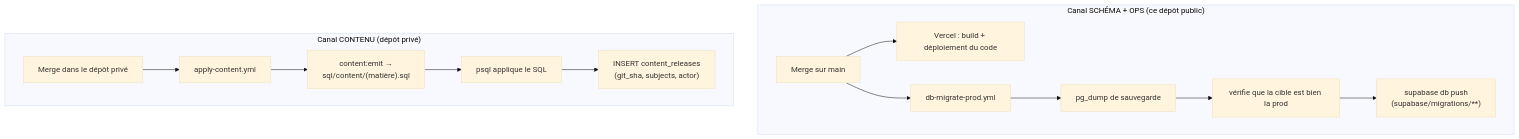
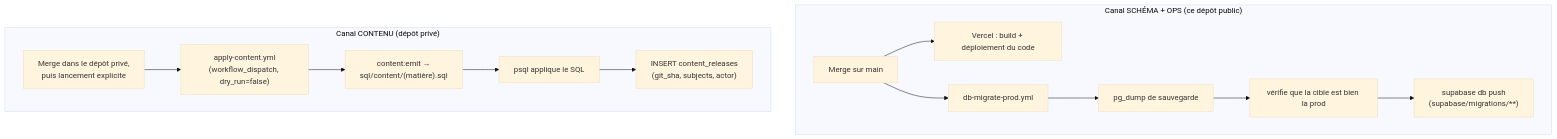
The ninth of 10 diagrams in docs/content-generation-pipeline.md (MBeji/yahia-quest-arena), drawn with Mermaid (base theme) before and after one commit. The commit also changed other lines of this file and 3 other files, not shown here.

````diff
--- a/docs/content-generation-pipeline.md
+++ b/docs/content-generation-pipeline.md
@@ -484,17 +495,17 @@
 ```mermaid
 flowchart TD
     subgraph S1["Canal SCHÉMA + OPS (ce dépôt public)"]
         A1["Merge sur main"] --> B1["Vercel : build + déploiement du code"]
         A1 --> C1["db-migrate-prod.yml"]
         C1 --> D1["pg_dump de sauvegarde"]
         D1 --> E1["vérifie que la cible est bien la prod"]
         E1 --> F1["supabase db push\n(supabase/migrations/**)"]
     end
 
     subgraph S2["Canal CONTENU (dépôt privé)"]
-        A2["Merge dans le dépôt privé"] --> C2["apply-content.yml"]
+        A2["Merge dans le dépôt privé,\npuis lancement explicite"] --> C2["apply-content.yml\n(workflow_dispatch, dry_run=false)"]
         C2 --> D2["content:emit →\nsql/content/(matière).sql"]
         D2 --> E2["psql applique le SQL"]
         E2 --> F2["INSERT content_releases\n(git_sha, subjects, actor)"]
     end
 ```
````
